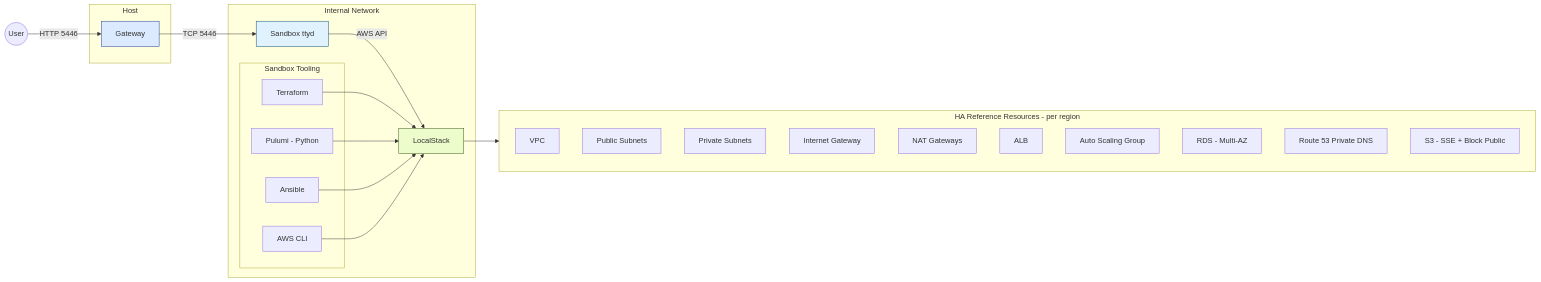
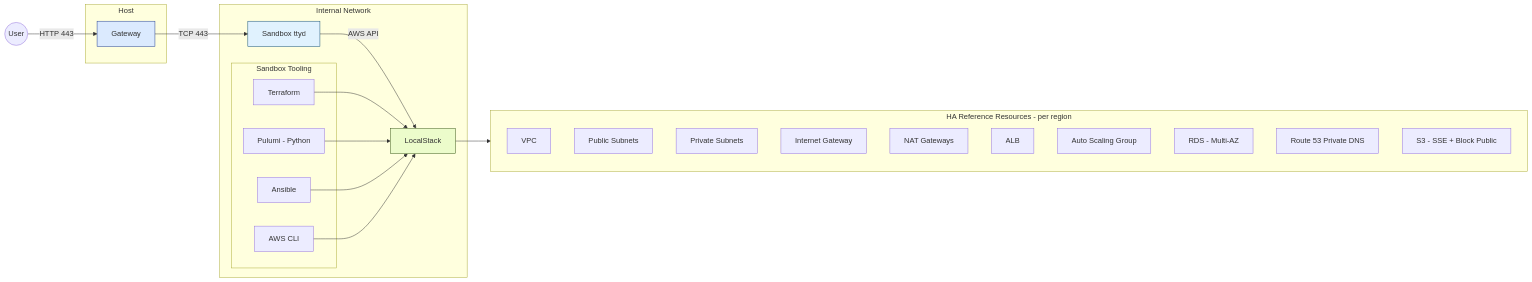
Before and after one commit to dremerten/IaC-sandbox: the diagram in diagram.mmd, drawn with Mermaid.

Commit message:
Update ports in diagram to use 443

```diff
--- a/diagram.mmd
+++ b/diagram.mmd
@@ -1,43 +1,43 @@
 flowchart LR
-  user((User)) -->|HTTP 5446| gw[Gateway]
-  gw -->|TCP 5446| sb[Sandbox ttyd]
+  user((User)) -->|HTTP 443| gw[Gateway]
+  gw -->|TCP 443| sb[Sandbox ttyd]
   sb -->|AWS API| ls[LocalStack]
 
   subgraph Host
     gw
   end
 
   subgraph Sandbox_Net["Internal Network"]
     sb
     ls
     subgraph Tooling["Sandbox Tooling"]
       tf[Terraform]
       pul["Pulumi - Python"]
       ans[Ansible]
       awscli[AWS CLI]
     end
   end
 
   tf --> ls
   pul --> ls
   ans --> ls
   awscli --> ls
 
   subgraph HA_Resources["HA Reference Resources - per region"]
     vpc[VPC]
     pub[Public Subnets]
     priv[Private Subnets]
     igw[Internet Gateway]
     nat[NAT Gateways]
     alb[ALB]
     asg[Auto Scaling Group]
     rds["RDS - Multi-AZ"]
     r53["Route 53 Private DNS"]
     s3["S3 - SSE + Block Public"]
   end
 
   ls --> HA_Resources
 
   style gw fill:#dbeafe,stroke:#1e3a8a
   style sb fill:#e0f2fe,stroke:#0c4a6e
   style ls fill:#ecfccb,stroke:#365314
```
